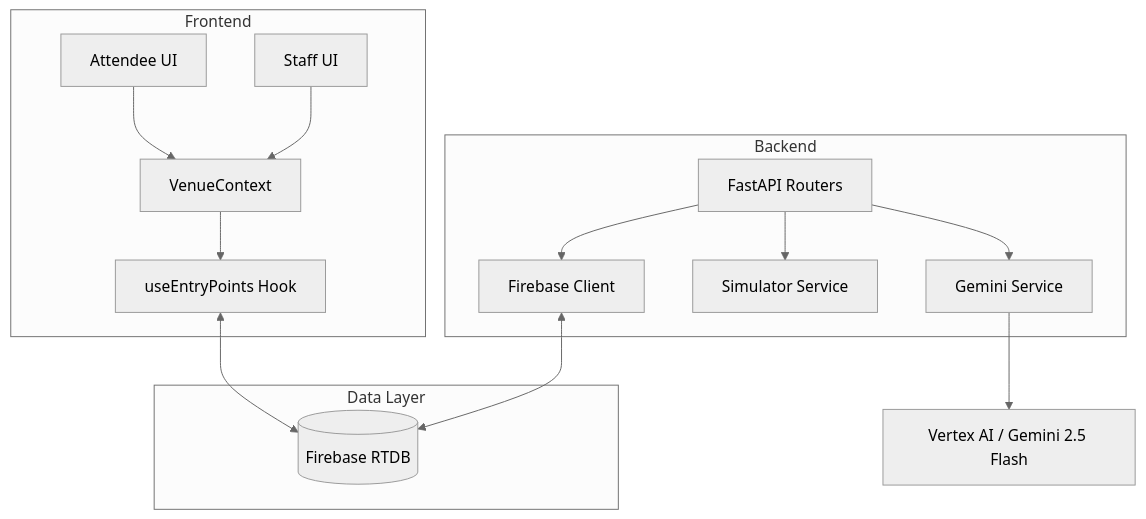
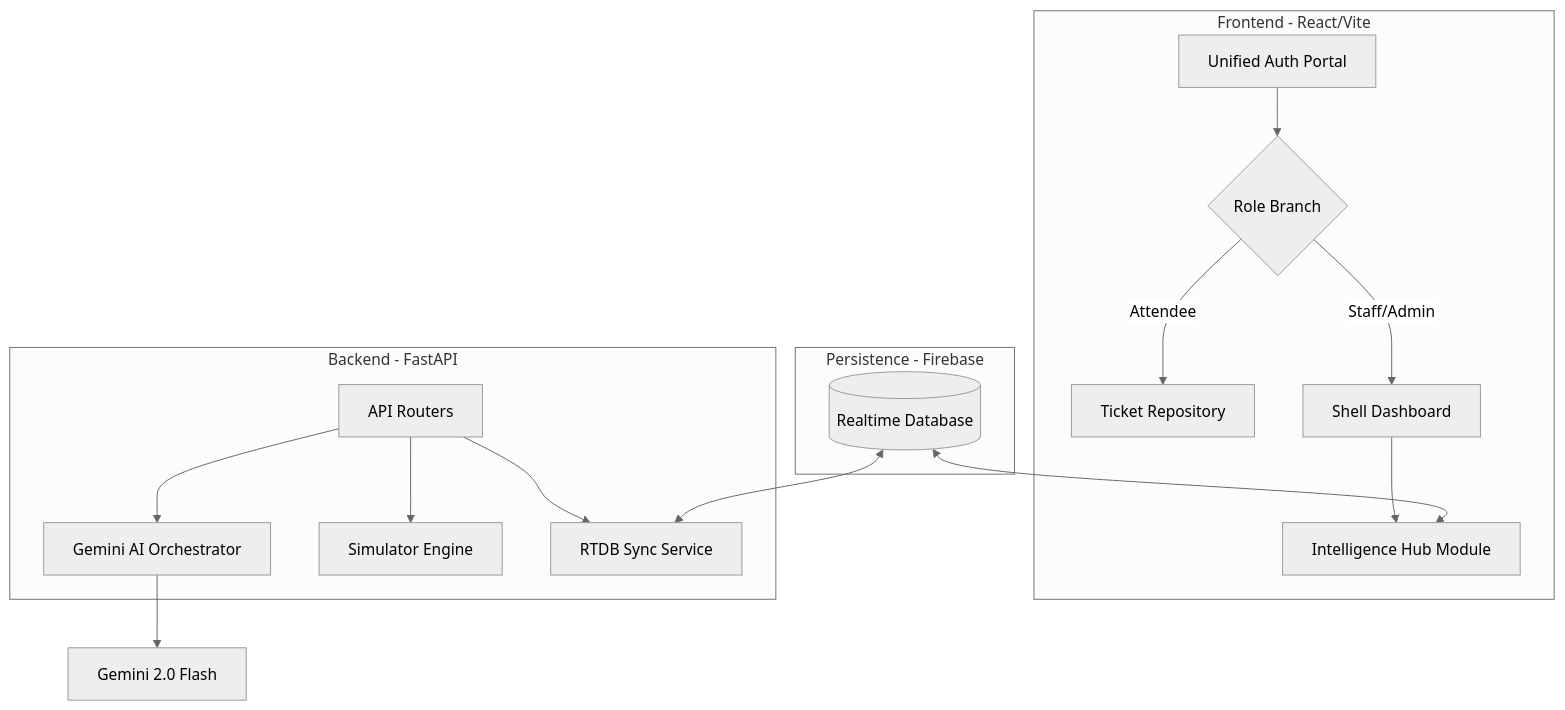
One commit to OlixIgnacious/VenueFlow changed the diagram in README.md. Above: the diagram before and after it, drawn with Mermaid (neutral theme). The commit also changed other lines of this file and 35 other files, not shown here.

Commit message:
Hardening: Unified Intelligence Hub architecture, optimized repo payload, and updated technical documentation

````diff
--- a/README.md
+++ b/README.md
@@ -14,21 +16,22 @@
 ```mermaid
 graph TD
-    subgraph Frontend
-        A[Attendee UI] --> B[VenueContext]
-        C[Staff UI] --> B
-        B --> D[useEntryPoints Hook]
+    subgraph Client [Frontend - React/Vite]
+        A[Unified Auth Portal] --> B{Role Branch}
+        B -- Attendee --> C[Ticket Repository]
+        B -- Staff/Admin --> D[Shell Dashboard]
+        D --> E[Intelligence Hub Module]
     end
 
-    subgraph Backend
-        E[FastAPI Routers] --> F[Gemini Service]
-        E --> G[Simulator Service]
-        E --> H[Firebase Client]
+    subgraph Logic [Backend - FastAPI]
+        F[API Routers] --> G[Gemini AI Orchestrator]
+        F --> H[Simulator Engine]
+        F --> I[RTDB Sync Service]
     end
 
-    subgraph Data Layer
-        D <--> I[(Firebase RTDB)]
-        H <--> I
+    subgraph Data [Persistence - Firebase]
+        J[(Realtime Database)] <--> I
+        J <--> E
     end
 
-    F --> J[Vertex AI / Gemini 2.5 Flash]
+    G --> K[Gemini 2.0 Flash]
 ```
````
